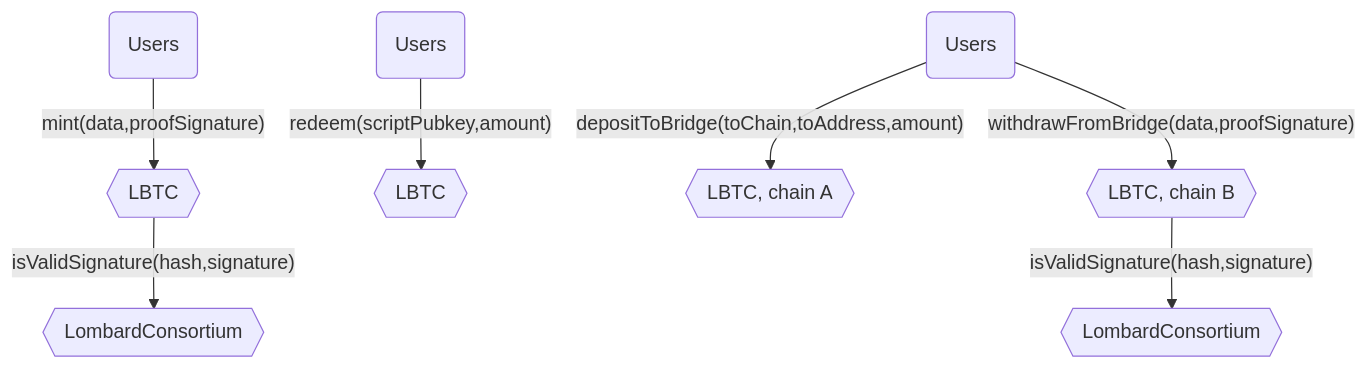
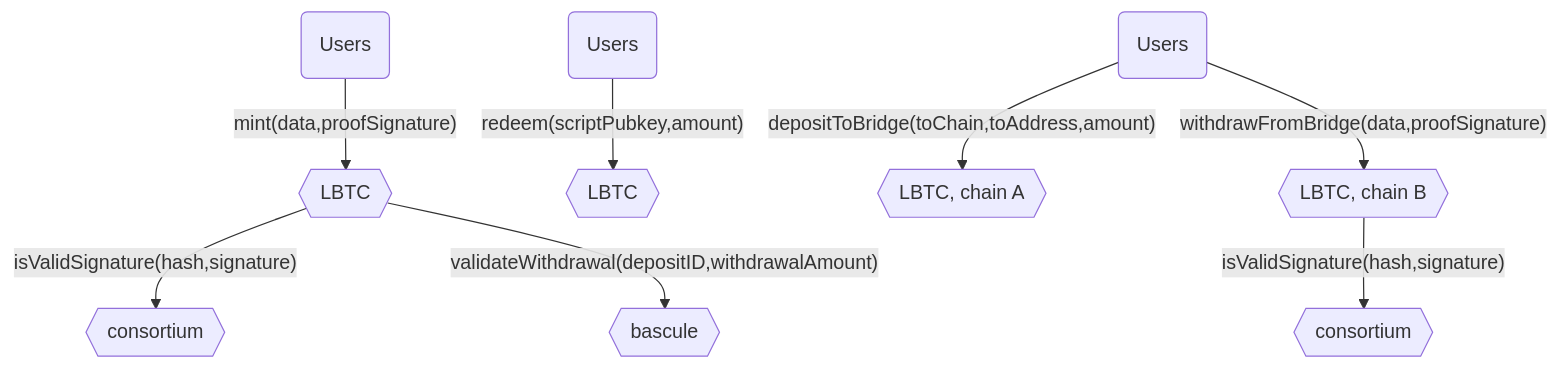
The diagram in README.md (lombard-finance/evm-smart-contracts), drawn with Mermaid before and after one commit.

Commit message:
add bascule to diagram

````diff
--- a/README.md
+++ b/README.md
@@ -7,11 +7,12 @@
 ```mermaid
 graph TD
     users1(Users) -- mint(data,proofSignature)  --> lbtc1{{LBTC}}
-    lbtc1 -- isValidSignature(hash,signature) --> consortium1{{LombardConsortium}}
+    lbtc1 -- isValidSignature(hash,signature) --> consortium1{{consortium}}
+    lbtc1 -- validateWithdrawal(depositID,withdrawalAmount) --> bascule{{bascule}}
     
     users2(Users) -- redeem(scriptPubkey,amount) --> lbtc2{{LBTC}}
 
     users3(Users) -- depositToBridge(toChain,toAddress,amount) -->lbtc3A{{LBTC, chain A}}
     users3 -- withdrawFromBridge(data,proofSignature) --> lbtc3B{{LBTC, chain B}}
-    lbtc3B -- isValidSignature(hash,signature) --> consortium3{{LombardConsortium}}
+    lbtc3B -- isValidSignature(hash,signature) --> consortium3{{consortium}}
 ```
````
